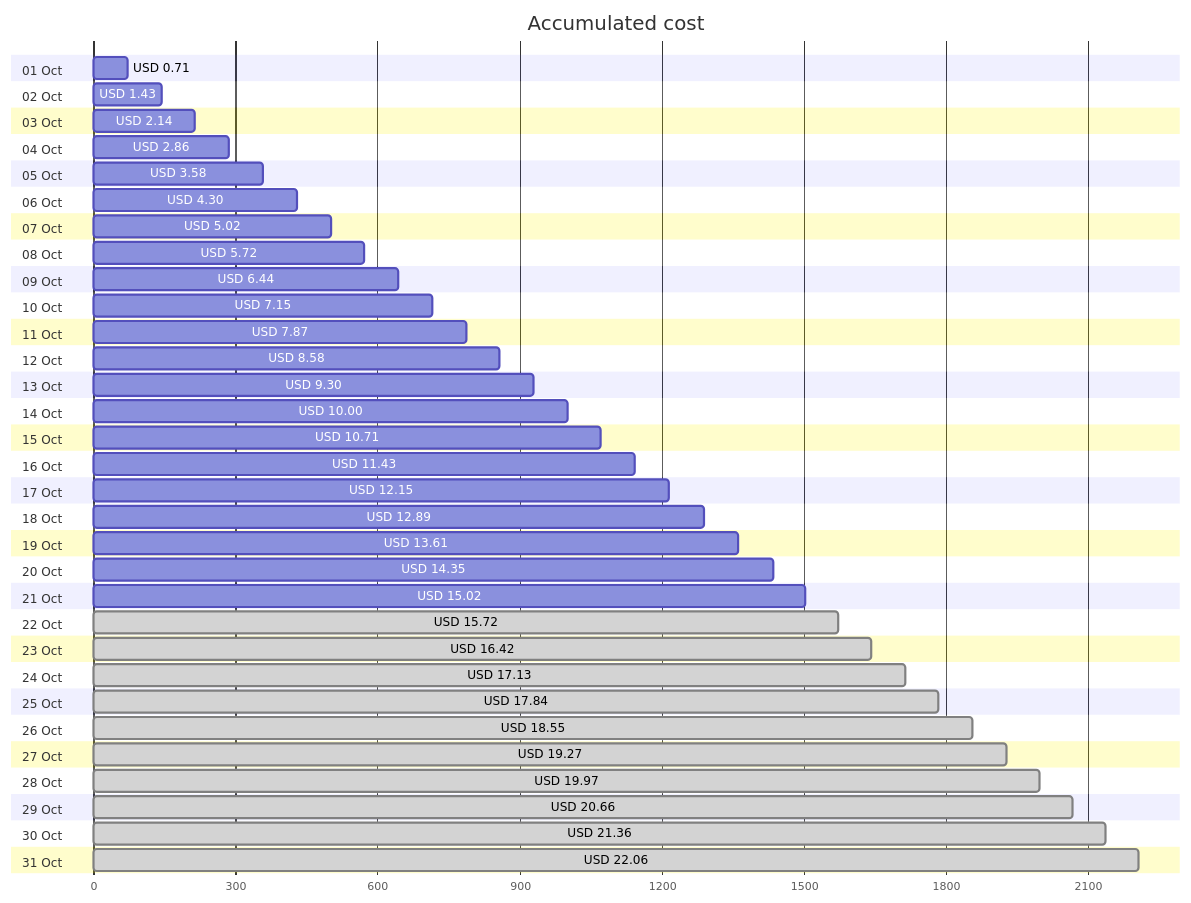
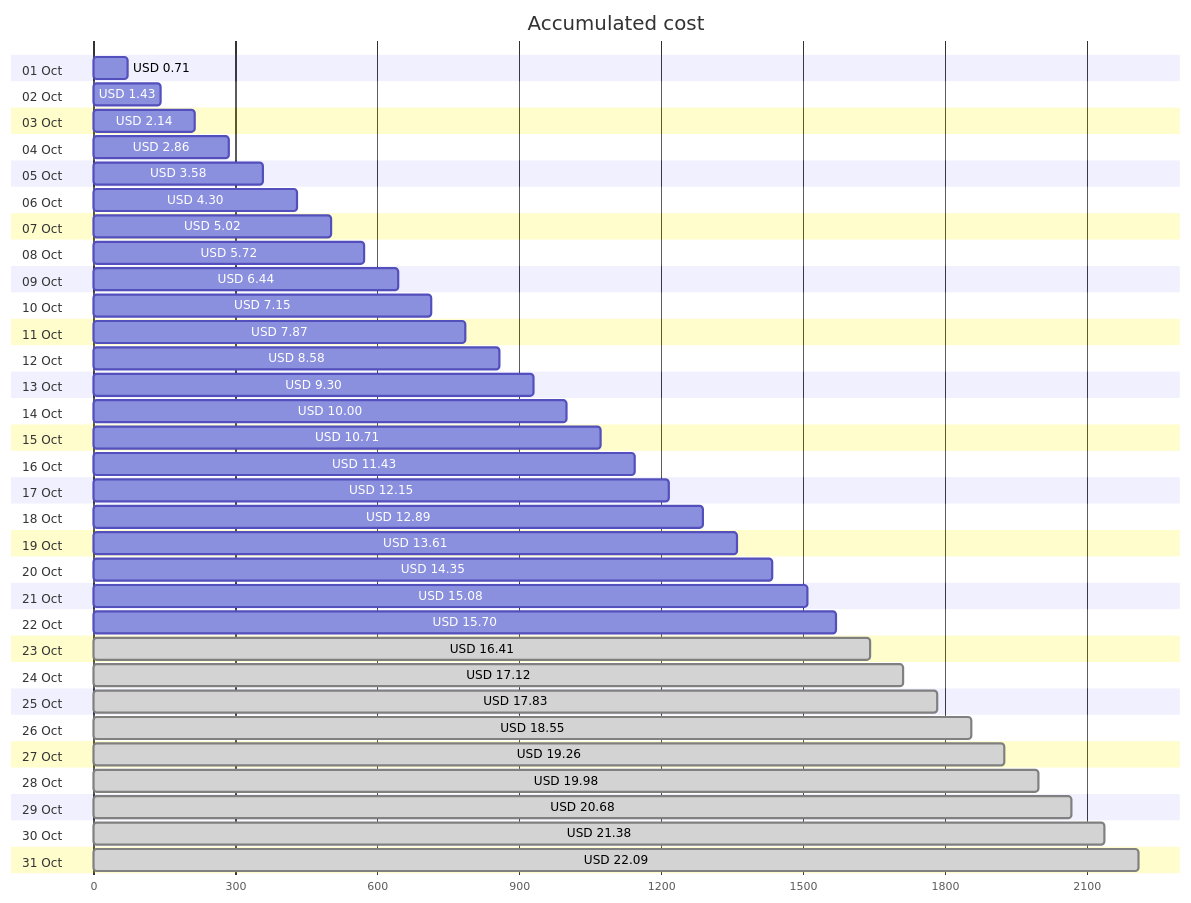
Before and after one commit to jpfulton/azure-personal-reports: the first of 4 diagrams in cost-reports/personal-network/backup-server-data-disk.md, drawn with Mermaid. The commit also changed other lines of this file and 8 other files, not shown here.

````diff
--- a/cost-reports/personal-network/backup-server-data-disk.md
+++ b/cost-reports/personal-network/backup-server-data-disk.md
@@ -20,68 +20,68 @@
 ```mermaid
 gantt
    title Accumulated cost
    dateFormat  X
    axisFormat %s
    section 01 Oct
    USD 0.71 :0, 71
    section 02 Oct
    USD 1.43 :0, 143
    section 03 Oct
    USD 2.14 :0, 214
    section 04 Oct
    USD 2.86 :0, 286
    section 05 Oct
    USD 3.58 :0, 358
    section 06 Oct
    USD 4.30 :0, 430
    section 07 Oct
    USD 5.02 :0, 502
    section 08 Oct
    USD 5.72 :0, 572
    section 09 Oct
    USD 6.44 :0, 644
    section 10 Oct
    USD 7.15 :0, 715
    section 11 Oct
    USD 7.87 :0, 787
    section 12 Oct
    USD 8.58 :0, 858
    section 13 Oct
    USD 9.30 :0, 930
    section 14 Oct
    USD 10.00 :0, 1000
    section 15 Oct
    USD 10.71 :0, 1071
    section 16 Oct
    USD 11.43 :0, 1143
    section 17 Oct
    USD 12.15 :0, 1215
    section 18 Oct
    USD 12.89 :0, 1289
    section 19 Oct
    USD 13.61 :0, 1361
    section 20 Oct
    USD 14.35 :0, 1435
    section 21 Oct
-   USD 15.02 :0, 1502
+   USD 15.08 :0, 1508
    section 22 Oct
-   USD 15.72 : done, 0, 1572
+   USD 15.70 :0, 1570
    section 23 Oct
-   USD 16.42 : done, 0, 1642
+   USD 16.41 : done, 0, 1641
    section 24 Oct
-   USD 17.13 : done, 0, 1713
+   USD 17.12 : done, 0, 1712
    section 25 Oct
-   USD 17.84 : done, 0, 1784
+   USD 17.83 : done, 0, 1783
    section 26 Oct
    USD 18.55 : done, 0, 1855
    section 27 Oct
-   USD 19.27 : done, 0, 1927
+   USD 19.26 : done, 0, 1926
    section 28 Oct
-   USD 19.97 : done, 0, 1997
+   USD 19.98 : done, 0, 1998
    section 29 Oct
-   USD 20.66 : done, 0, 2066
+   USD 20.68 : done, 0, 2068
    section 30 Oct
-   USD 21.36 : done, 0, 2136
+   USD 21.38 : done, 0, 2138
    section 31 Oct
-   USD 22.06 : done, 0, 2206
+   USD 22.09 : done, 0, 2209
 ```
````
